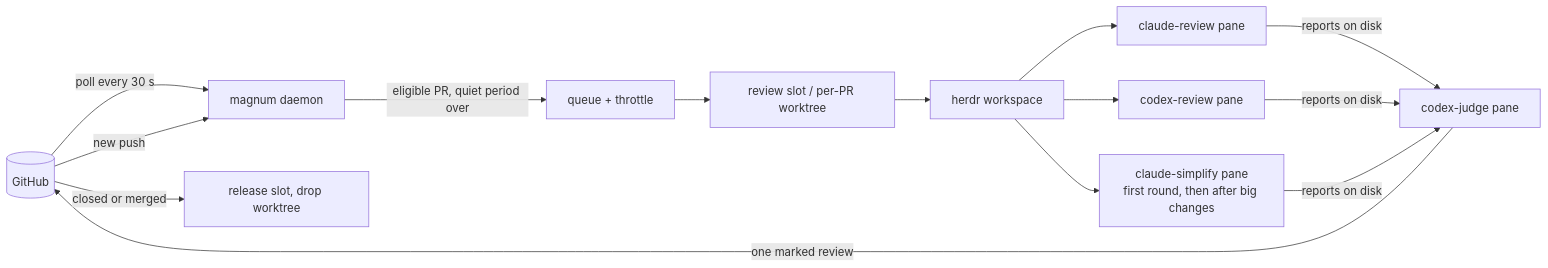
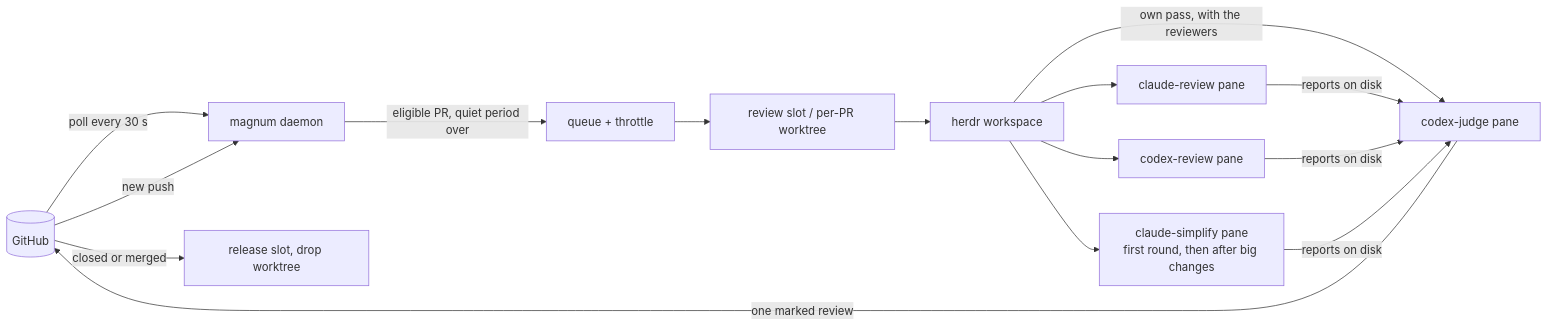
The diagram in README.md (zhuravel/magnum), drawn with Mermaid before and after one commit. The commit also changed other lines of this file and 58 other files, not shown here.

````diff
--- a/README.md
+++ b/README.md
@@ -83,14 +83,15 @@
 ```mermaid
 flowchart LR
     GH[(GitHub)] -- poll every 30 s --> D[magnum daemon]
     D -- eligible PR, quiet period over --> Q[queue + throttle]
     Q --> S[review slot / per-PR worktree]
     S --> W[herdr workspace]
     W --> R1[claude-review pane]
     W --> R2[codex-review pane]
     W --> R3[claude-simplify pane<br/>first round, then after big changes]
+    W -- own pass, with the reviewers --> J
     R1 & R2 & R3 -- reports on disk --> J[codex-judge pane]
     J -- one marked review --> GH
     GH -- new push --> D
     GH -- closed or merged --> C[release slot, drop worktree]
 ```
````
